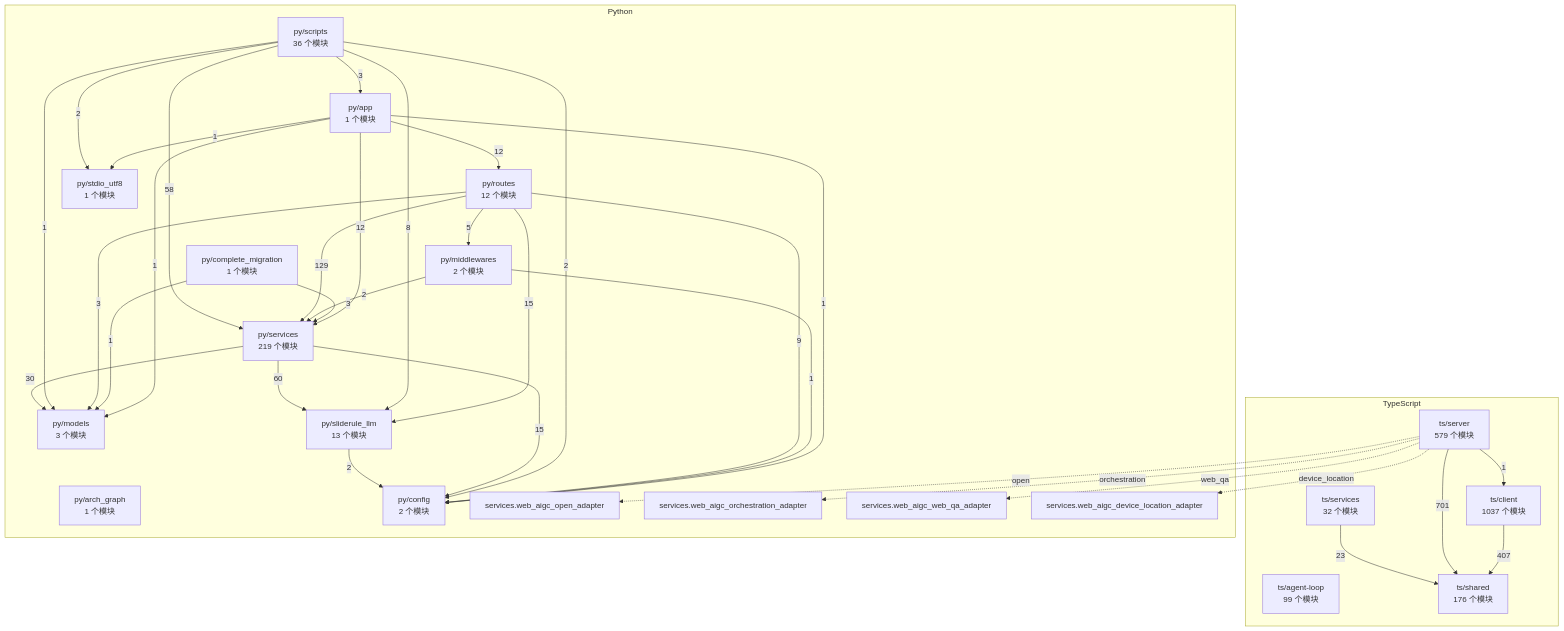
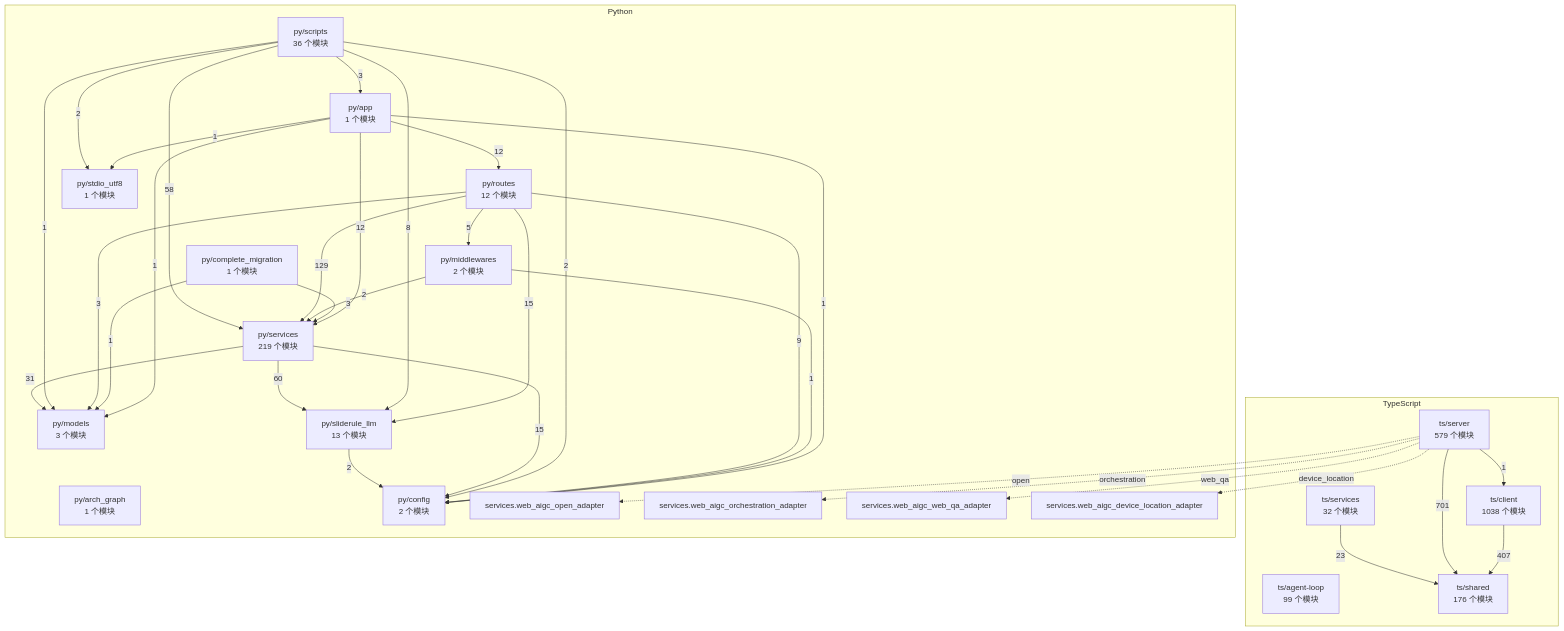
One commit to 2686521696/WhyBuddy changed the diagram in docs/WhyBuddy 全仓架构图（自动生成）.md. Above: the diagram before and after it, drawn with Mermaid. The commit also changed 1 other file, not shown here.

Commit message:
架构图重新生成（跟上本轮的模块与棘轮变化）
`arch_graph.py --emit` 的产物。本轮两处让它过期：
- 质检去重把一条函数体 import 提到了顶层，baseline.deferred 477 → 476
- pageId 改名新增了前端叶子模块 live-runtime/spec-page-cards.ts

⚠ 这一步上一轮漏了，`test_architecture.py` 的两条同步判据
（test_仓里那份图就是现在重新生成的那份 / test_全仓图与代码同步）因此红着。
改了代码就得重跑 --emit，判据盯的正是"多台电脑改了代码不重新生成，图就不
一致"。

现在 291 模块 / 874 边 / 函数体内 476（基线 476）。

````diff
--- a/docs/WhyBuddy 全仓架构图（自动生成）.md
+++ b/docs/WhyBuddy 全仓架构图（自动生成）.md
@@ -14,59 +14,59 @@
 ```mermaid
 flowchart TB
   subgraph ts [TypeScript]
     ts_agent_loop["ts/agent-loop<br/>99 个模块"]
-    ts_client["ts/client<br/>1037 个模块"]
+    ts_client["ts/client<br/>1038 个模块"]
     ts_server["ts/server<br/>579 个模块"]
     ts_services["ts/services<br/>32 个模块"]
     ts_shared["ts/shared<br/>176 个模块"]
   end
   subgraph py [Python]
     py_app["py/app<br/>1 个模块"]
     py_arch_graph["py/arch_graph<br/>1 个模块"]
     py_complete_migration["py/complete_migration<br/>1 个模块"]
     py_config["py/config<br/>2 个模块"]
     py_middlewares["py/middlewares<br/>2 个模块"]
     py_models["py/models<br/>3 个模块"]
     py_routes["py/routes<br/>12 个模块"]
     py_scripts["py/scripts<br/>36 个模块"]
     py_services["py/services<br/>219 个模块"]
     py_sliderule_llm["py/sliderule_llm<br/>13 个模块"]
     py_stdio_utf8["py/stdio_utf8<br/>1 个模块"]
     py_services_web_aigc_open_adapter["services.web_aigc_open_adapter"]
     py_services_web_aigc_orchestration_adapter["services.web_aigc_orchestration_adapter"]
     py_services_web_aigc_web_qa_adapter["services.web_aigc_web_qa_adapter"]
     py_services_web_aigc_device_location_adapter["services.web_aigc_device_location_adapter"]
   end
   ts_client -->|407| ts_shared
   ts_server -->|1| ts_client
   ts_server -->|701| ts_shared
   ts_services -->|23| ts_shared
   py_app -->|1| py_config
   py_app -->|1| py_models
   py_app -->|12| py_routes
   py_app -->|12| py_services
   py_app -->|1| py_stdio_utf8
   py_complete_migration -->|1| py_models
   py_complete_migration -->|3| py_services
   py_middlewares -->|1| py_config
   py_middlewares -->|2| py_services
   py_routes -->|9| py_config
   py_routes -->|5| py_middlewares
   py_routes -->|3| py_models
   py_routes -->|129| py_services
   py_routes -->|15| py_sliderule_llm
   py_scripts -->|3| py_app
   py_scripts -->|2| py_config
   py_scripts -->|1| py_models
   py_scripts -->|58| py_services
   py_scripts -->|8| py_sliderule_llm
   py_scripts -->|2| py_stdio_utf8
   py_services -->|15| py_config
-  py_services -->|30| py_models
+  py_services -->|31| py_models
   py_services -->|60| py_sliderule_llm
   py_sliderule_llm -->|2| py_config
   ts_server -.->|open| py_services_web_aigc_open_adapter
   ts_server -.->|orchestration| py_services_web_aigc_orchestration_adapter
   ts_server -.->|web_qa| py_services_web_aigc_web_qa_adapter
   ts_server -.->|device_location| py_services_web_aigc_device_location_adapter
 ```
````
